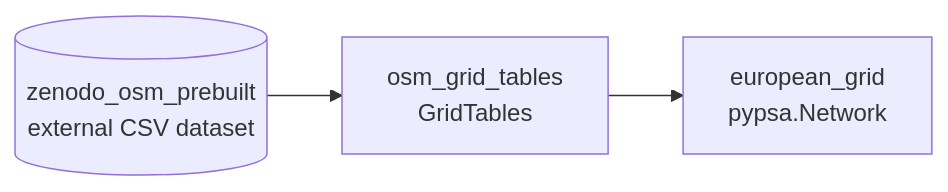
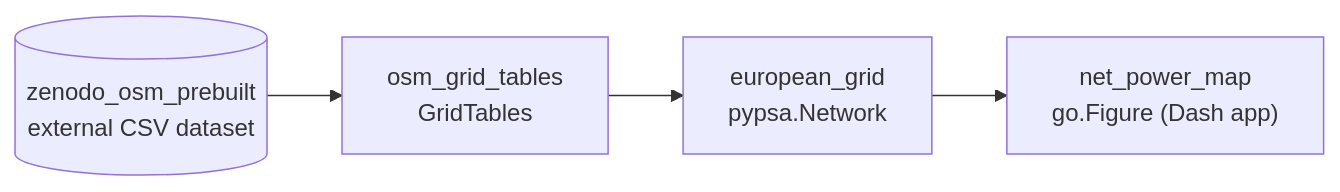
One commit to zoltanmaric/coppersushi changed the diagram in wiki/sushi-2.md. Above: the diagram before and after it, drawn with Mermaid. The commit also changed 12 other files, not shown here.

First line of the commit message:
Serve the OSM grid alongside v1 in the Dash app (#10)

````diff
--- a/wiki/sushi-2.md
+++ b/wiki/sushi-2.md
@@ -17,9 +17,11 @@
 ```mermaid
 flowchart LR
     zenodo_osm_prebuilt[("zenodo_osm_prebuilt<br/>external CSV dataset")]
     osm_grid_tables["osm_grid_tables<br/>GridTables"]
     european_grid["european_grid<br/>pypsa.Network"]
+    net_power_map["net_power_map<br/>go.Figure (Dash app)"]
 
     zenodo_osm_prebuilt --> osm_grid_tables
     osm_grid_tables --> european_grid
+    european_grid --> net_power_map
 ```
````
